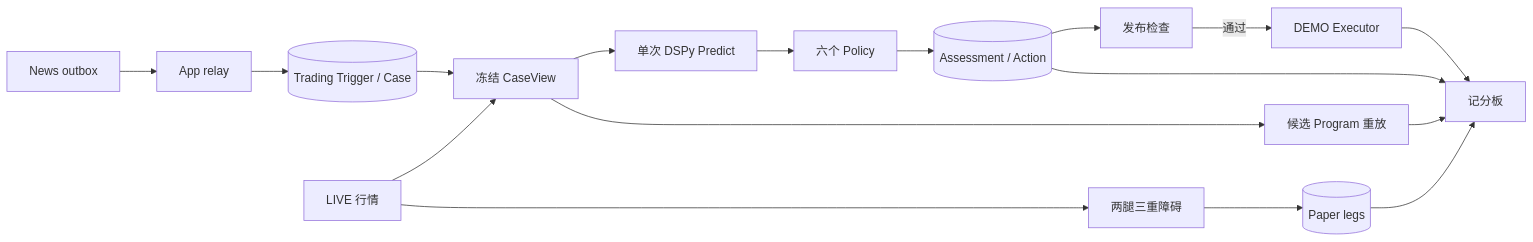
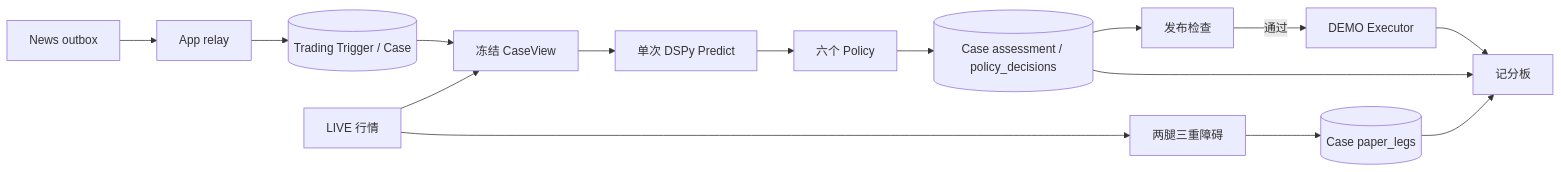
The diagram in docs/modules/trading.md (AnalyThothAI/tracefold), drawn with Mermaid before and after one commit. The commit also changed other lines of this file and 56 other files, not shown here.

````diff
--- a/docs/modules/trading.md
+++ b/docs/modules/trading.md
@@ -7,19 +7,17 @@
 ```mermaid
 flowchart LR
   N[News outbox] --> R[App relay]
   R --> T[(Trading Trigger / Case)]
   L[LIVE 行情] --> V[冻结 CaseView]
   T --> V
   V --> A[单次 DSPy Predict]
   A --> P[六个 Policy]
-  P --> D[(Assessment / Action)]
+  P --> D[(Case assessment / policy_decisions)]
   D --> S[发布检查]
   S -->|通过| E[DEMO Executor]
   L --> B[两腿三重障碍]
-  B --> F[(Paper legs)]
+  B --> F[(Case paper_legs)]
   D --> Q[记分板]
   F --> Q
   E --> Q
-  V --> X[候选 Program 重放]
-  X --> Q
 ```
````
